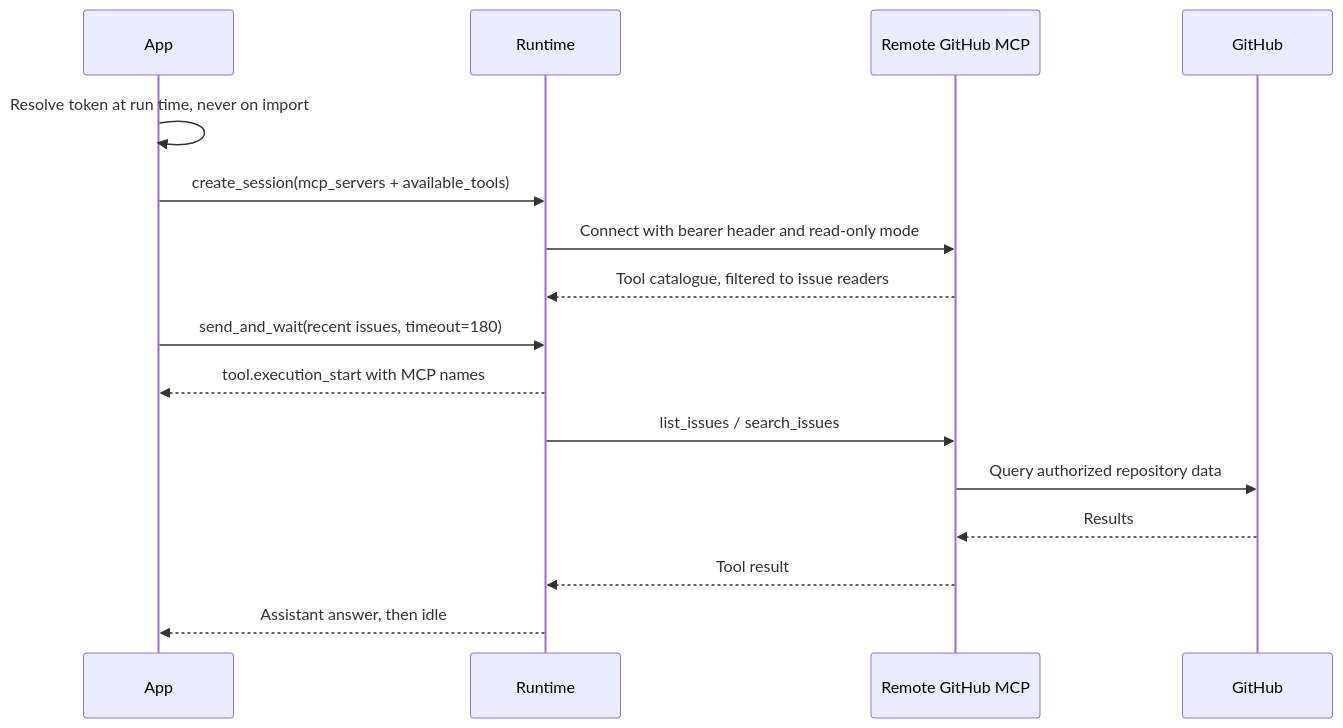
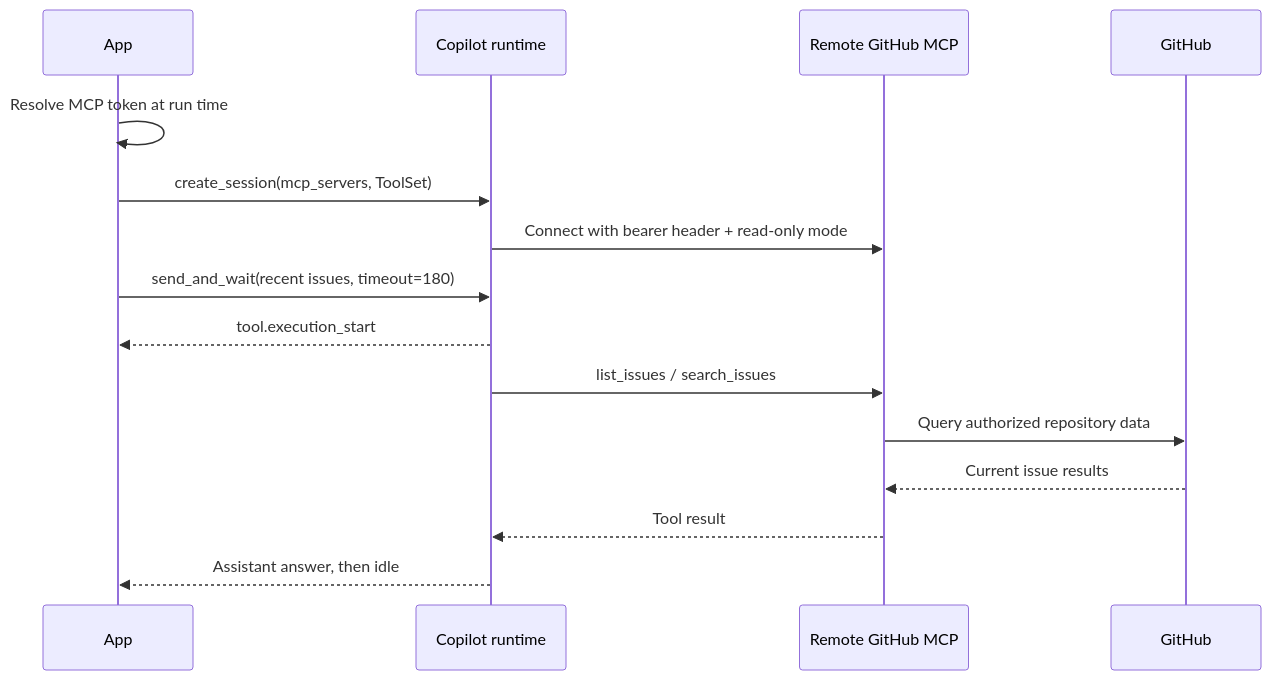
Before and after one commit to jeffrey-groneberg/ghcp_sdk: the diagram in examples/05_mcp_servers.md, drawn with Mermaid. The commit also changed other lines of this file and 24 other files, not shown here.

````diff
--- a/examples/05_mcp_servers.md
+++ b/examples/05_mcp_servers.md
@@ -15,18 +15,17 @@
 ```mermaid
 sequenceDiagram
     participant App
-    participant Runtime
+    participant Runtime as Copilot runtime
     participant MCP as Remote GitHub MCP
     participant GitHub
-    App->>App: Resolve token at run time, never on import
-    App->>Runtime: create_session(mcp_servers + available_tools)
-    Runtime->>MCP: Connect with bearer header and read-only mode
-    MCP-->>Runtime: Tool catalogue, filtered to issue readers
+    App->>App: Resolve MCP token at run time
+    App->>Runtime: create_session(mcp_servers, ToolSet)
+    Runtime->>MCP: Connect with bearer header + read-only mode
     App->>Runtime: send_and_wait(recent issues, timeout=180)
-    Runtime-->>App: tool.execution_start with MCP names
+    Runtime-->>App: tool.execution_start
     Runtime->>MCP: list_issues / search_issues
     MCP->>GitHub: Query authorized repository data
-    GitHub-->>MCP: Results
+    GitHub-->>MCP: Current issue results
     MCP-->>Runtime: Tool result
     Runtime-->>App: Assistant answer, then idle
 ```
````
